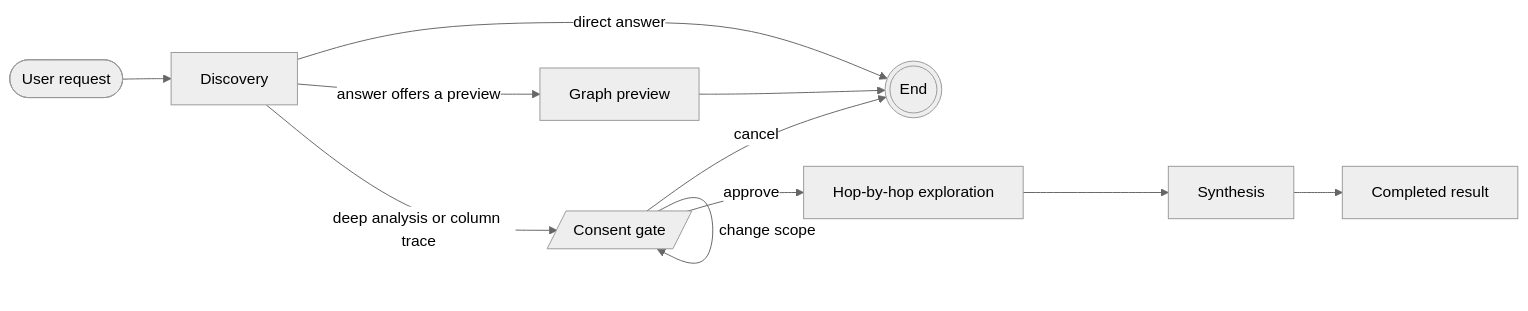
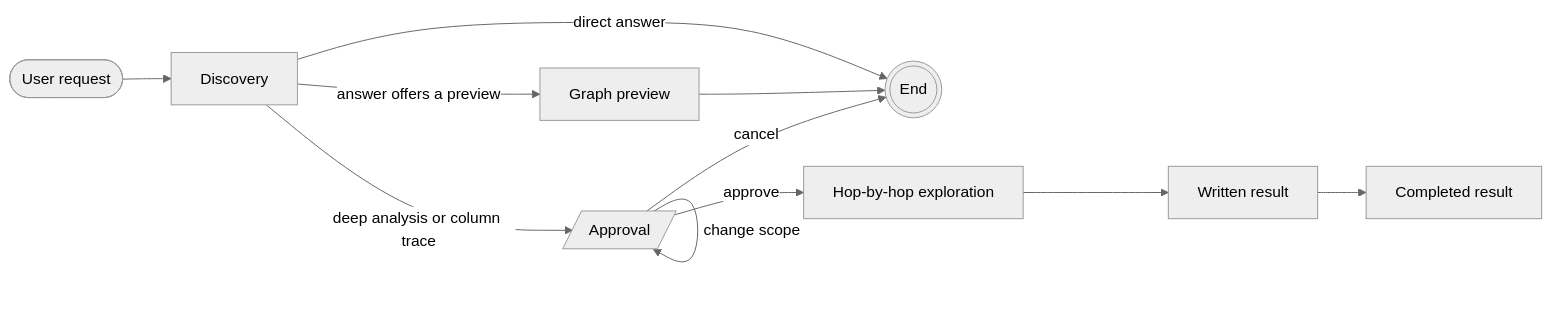
One commit to ChrisDevRepo/vscode_data_lineage changed the second of 2 diagrams in docs/ARCHITECTURE.md. Above: the diagram before and after it, drawn with Mermaid (neutral theme). The commit also changed other lines of this file and 13 other files, not shown here.

````diff
--- a/docs/ARCHITECTURE.md
+++ b/docs/ARCHITECTURE.md
@@ -55,11 +44,11 @@
 ```mermaid
 flowchart LR
     Q([User request]) --> D[Discovery]
     D -->|direct answer| END(((End)))
     D -->|answer offers a preview| P[Graph preview] --> END
-    D -->|deep analysis or column trace| G[/Consent gate/]
+    D -->|deep analysis or column trace| G[/Approval/]
     G -->|change scope| G
     G -->|cancel| END
     G -->|approve| A[Hop-by-hop exploration]
-    A --> S[Synthesis] --> C[Completed result]
+    A --> S[Written result] --> C[Completed result]
 ```
````
